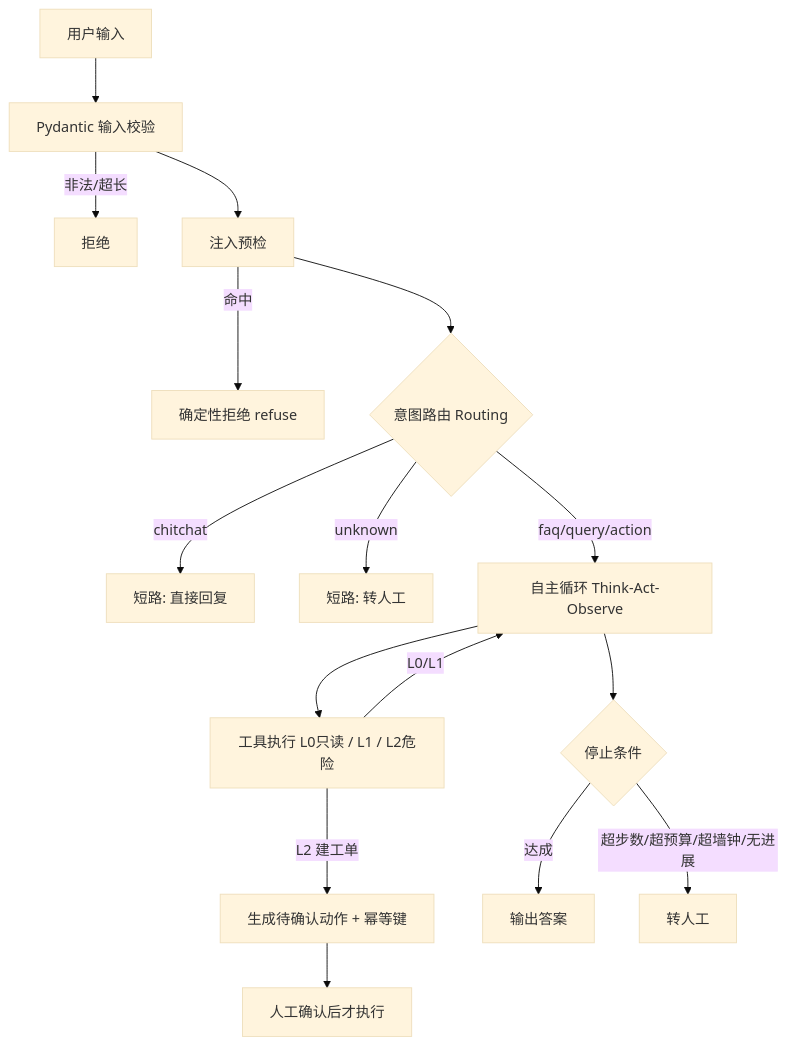
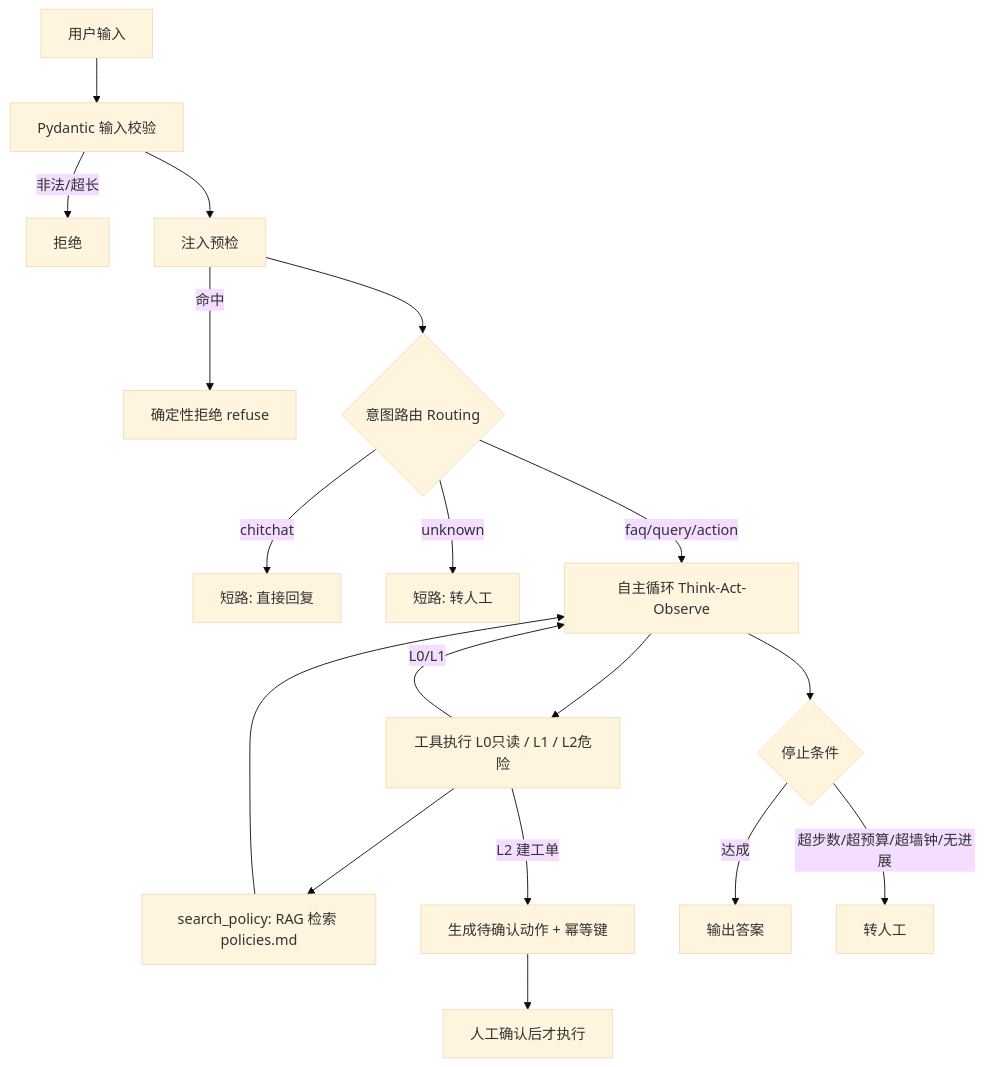
Before and after one commit to duanjing082420-arch/ticket-agent: the diagram in README.md, drawn with Mermaid (base theme). The commit also changed other lines of this file and 27 other files, not shown here.

````diff
--- a/README.md
+++ b/README.md
@@ -13,18 +27,20 @@
 ```mermaid
 flowchart TD
     A[用户输入] --> B[Pydantic 输入校验]
     B -->|非法/超长| Z1[拒绝]
     B --> C[注入预检]
     C -->|命中| Z2[确定性拒绝 refuse]
     C --> D{意图路由 Routing}
     D -->|chitchat| E1[短路: 直接回复]
     D -->|unknown| E2[短路: 转人工]
     D -->|faq/query/action| F[自主循环 Think-Act-Observe]
     F --> G[工具执行 L0只读 / L1 / L2危险]
+    G --> R[search_policy: RAG 检索 policies.md]
     G -->|L2 建工单| H[生成待确认动作 + 幂等键]
     H --> I[人工确认后才执行]
     G -->|L0/L1| F
+    R --> F
     F --> J{停止条件}
     J -->|达成| K[输出答案]
     J -->|超步数/超预算/超墙钟/无进展| L[转人工]
 ```
````
